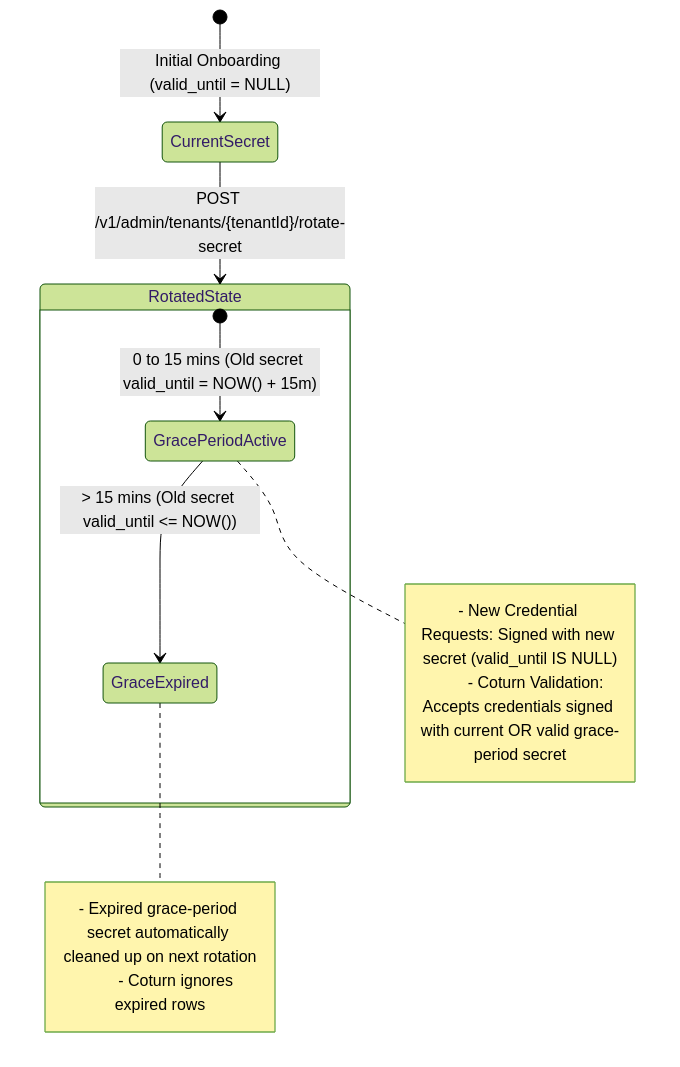
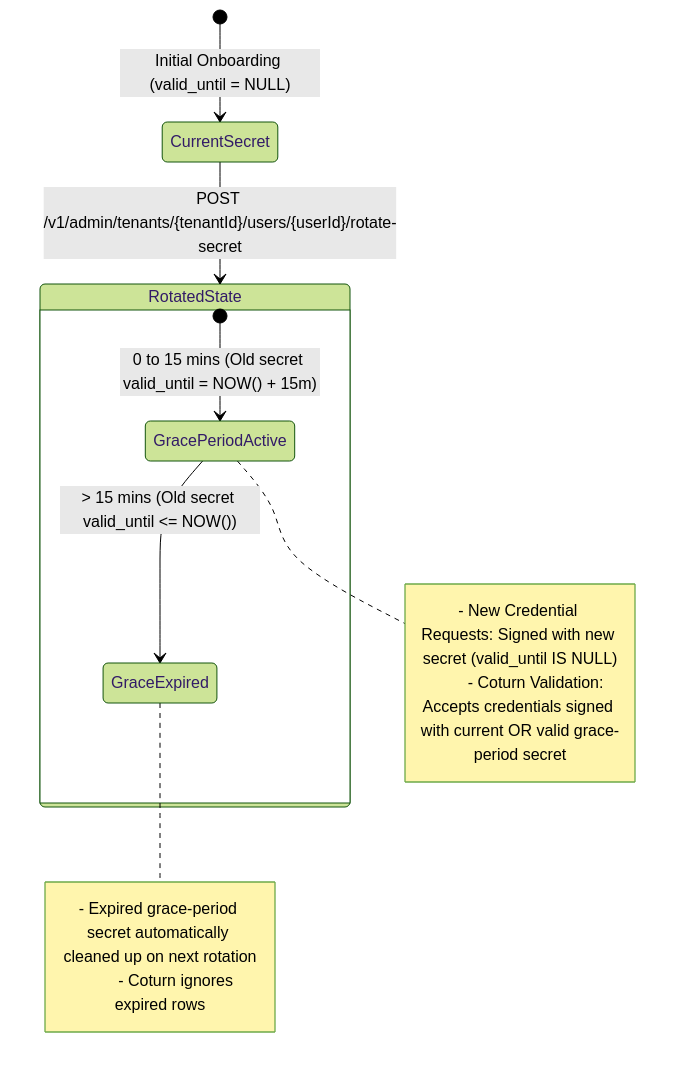
Before and after one commit to K2IOT/turn-credential-platform: the second of 2 diagrams in README.md, drawn with Mermaid (forest theme). The commit also changed other lines of this file, not shown here.

Commit message:
docs: add E2E script guide and per-userId admin API documentation to README.md

````diff
--- a/README.md
+++ b/README.md
@@ -158,20 +213,20 @@
 ```mermaid
 stateDiagram-v2
     [*] --> CurrentSecret: Initial Onboarding (valid_until = NULL)
-    CurrentSecret --> RotatedState: POST /v1/admin/tenants/{tenantId}/rotate-secret
+    CurrentSecret --> RotatedState: POST /v1/admin/tenants/{tenantId}/users/{userId}/rotate-secret
     
     state RotatedState {
         [*] --> GracePeriodActive: 0 to 15 mins (Old secret valid_until = NOW() + 15m)
         GracePeriodActive --> GraceExpired: > 15 mins (Old secret valid_until <= NOW())
     }
 
     note right of GracePeriodActive
         - New Credential Requests: Signed with new secret (valid_until IS NULL)
         - Coturn Validation: Accepts credentials signed with current OR valid grace-period secret
     end note
 
     note right of GraceExpired
         - Expired grace-period secret automatically cleaned up on next rotation
         - Coturn ignores expired rows
     end note
 ```
````
